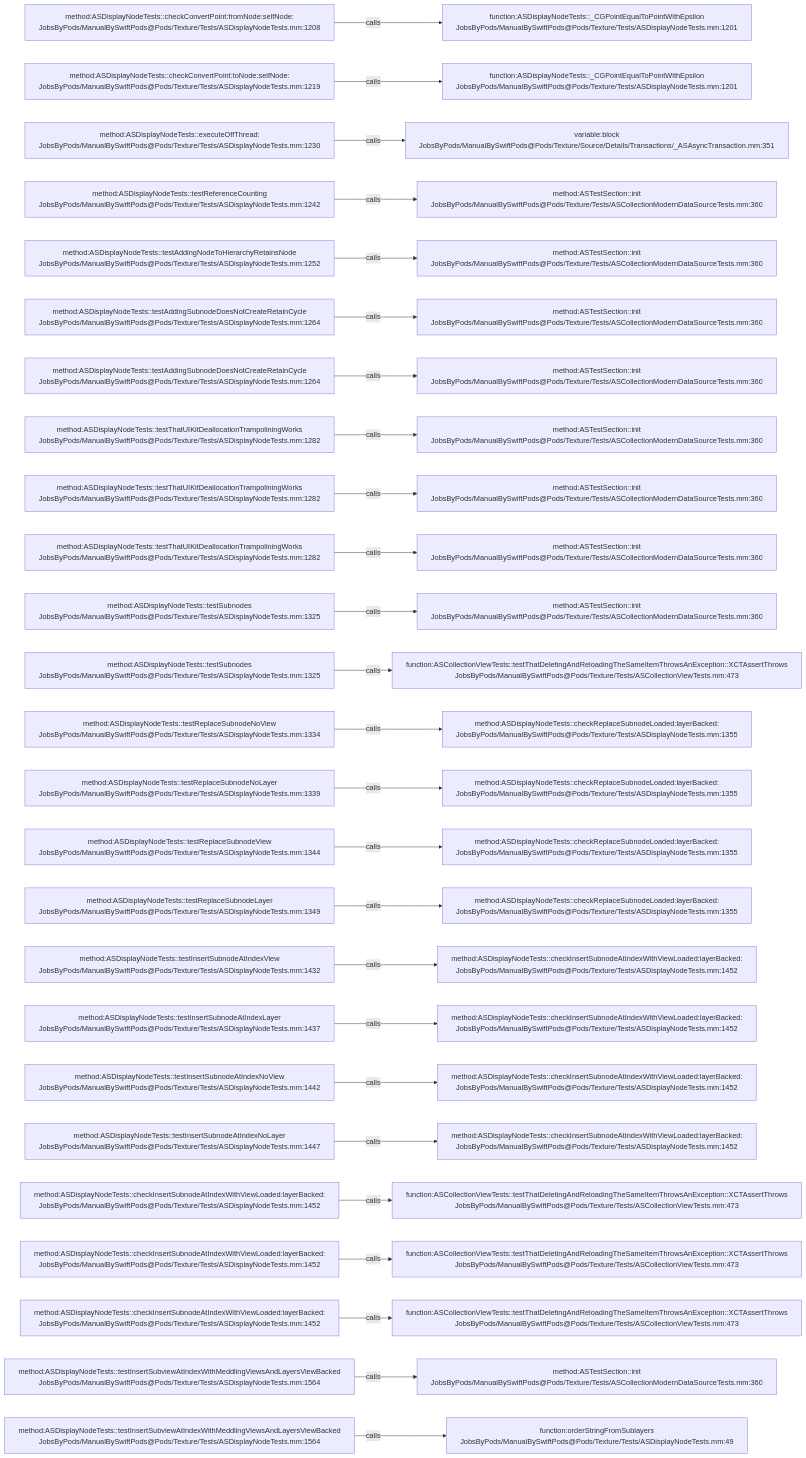
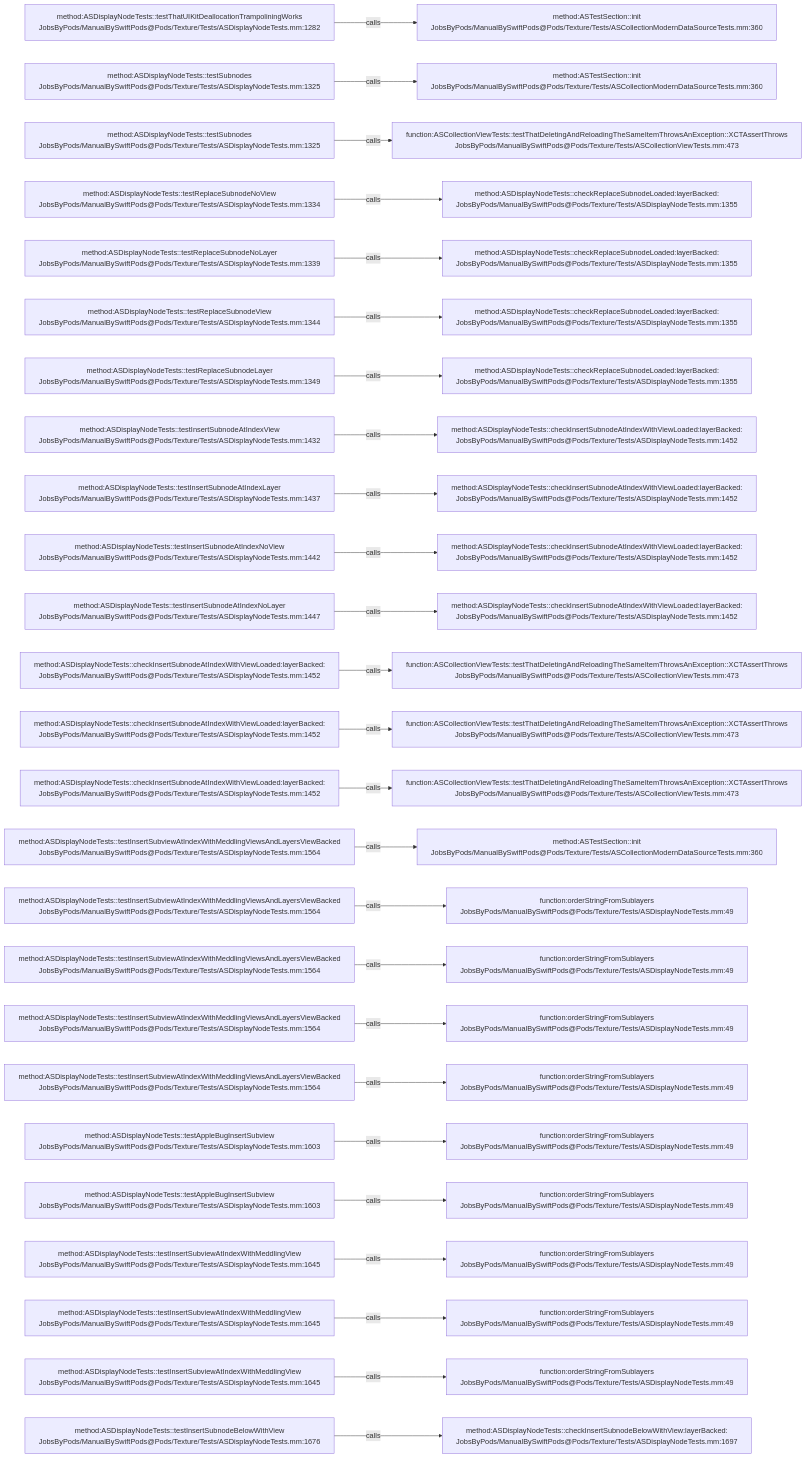
Before and after one commit to JobsKits/JobsSwiftBaseConfigDemo: the diagram in .codegraph/codegraph.md/graphs/calls-192.md, drawn with Mermaid. The commit also changed 707 other files, not shown here.

````diff
--- a/.codegraph/codegraph.md/graphs/calls-192.md
+++ b/.codegraph/codegraph.md/graphs/calls-192.md
@@ -13,78 +13,78 @@
 ```mermaid
 flowchart LR
-  S1["method:ASDisplayNodeTests::checkConvertPoint:fromNode:selfNode:<br/>JobsByPods/ManualBySwiftPods@Pods/Texture/Tests/ASDisplayNodeTests.mm:1208"]
-  T1["function:ASDisplayNodeTests::_CGPointEqualToPointWithEpsilon<br/>JobsByPods/ManualBySwiftPods@Pods/Texture/Tests/ASDisplayNodeTests.mm:1201"]
+  S1["method:ASDisplayNodeTests::testThatUIKitDeallocationTrampoliningWorks<br/>JobsByPods/ManualBySwiftPods@Pods/Texture/Tests/ASDisplayNodeTests.mm:1282"]
+  T1["method:ASTestSection::init<br/>JobsByPods/ManualBySwiftPods@Pods/Texture/Tests/ASCollectionModernDataSourceTests.mm:360"]
   S1 -->|calls| T1
-  S2["method:ASDisplayNodeTests::checkConvertPoint:toNode:selfNode:<br/>JobsByPods/ManualBySwiftPods@Pods/Texture/Tests/ASDisplayNodeTests.mm:1219"]
-  T2["function:ASDisplayNodeTests::_CGPointEqualToPointWithEpsilon<br/>JobsByPods/ManualBySwiftPods@Pods/Texture/Tests/ASDisplayNodeTests.mm:1201"]
+  S2["method:ASDisplayNodeTests::testSubnodes<br/>JobsByPods/ManualBySwiftPods@Pods/Texture/Tests/ASDisplayNodeTests.mm:1325"]
+  T2["method:ASTestSection::init<br/>JobsByPods/ManualBySwiftPods@Pods/Texture/Tests/ASCollectionModernDataSourceTests.mm:360"]
   S2 -->|calls| T2
-  S3["method:ASDisplayNodeTests::executeOffThread:<br/>JobsByPods/ManualBySwiftPods@Pods/Texture/Tests/ASDisplayNodeTests.mm:1230"]
-  T3["variable:block<br/>JobsByPods/ManualBySwiftPods@Pods/Texture/Source/Details/Transactions/_ASAsyncTransaction.mm:351"]
+  S3["method:ASDisplayNodeTests::testSubnodes<br/>JobsByPods/ManualBySwiftPods@Pods/Texture/Tests/ASDisplayNodeTests.mm:1325"]
+  T3["function:ASCollectionViewTests::testThatDeletingAndReloadingTheSameItemThrowsAnException::XCTAssertThrows<br/>JobsByPods/ManualBySwiftPods@Pods/Texture/Tests/ASCollectionViewTests.mm:473"]
   S3 -->|calls| T3
-  S4["method:ASDisplayNodeTests::testReferenceCounting<br/>JobsByPods/ManualBySwiftPods@Pods/Texture/Tests/ASDisplayNodeTests.mm:1242"]
-  T4["method:ASTestSection::init<br/>JobsByPods/ManualBySwiftPods@Pods/Texture/Tests/ASCollectionModernDataSourceTests.mm:360"]
+  S4["method:ASDisplayNodeTests::testReplaceSubnodeNoView<br/>JobsByPods/ManualBySwiftPods@Pods/Texture/Tests/ASDisplayNodeTests.mm:1334"]
+  T4["method:ASDisplayNodeTests::checkReplaceSubnodeLoaded:layerBacked:<br/>JobsByPods/ManualBySwiftPods@Pods/Texture/Tests/ASDisplayNodeTests.mm:1355"]
   S4 -->|calls| T4
-  S5["method:ASDisplayNodeTests::testAddingNodeToHierarchyRetainsNode<br/>JobsByPods/ManualBySwiftPods@Pods/Texture/Tests/ASDisplayNodeTests.mm:1252"]
-  T5["method:ASTestSection::init<br/>JobsByPods/ManualBySwiftPods@Pods/Texture/Tests/ASCollectionModernDataSourceTests.mm:360"]
+  S5["method:ASDisplayNodeTests::testReplaceSubnodeNoLayer<br/>JobsByPods/ManualBySwiftPods@Pods/Texture/Tests/ASDisplayNodeTests.mm:1339"]
+  T5["method:ASDisplayNodeTests::checkReplaceSubnodeLoaded:layerBacked:<br/>JobsByPods/ManualBySwiftPods@Pods/Texture/Tests/ASDisplayNodeTests.mm:1355"]
   S5 -->|calls| T5
-  S6["method:ASDisplayNodeTests::testAddingSubnodeDoesNotCreateRetainCycle<br/>JobsByPods/ManualBySwiftPods@Pods/Texture/Tests/ASDisplayNodeTests.mm:1264"]
-  T6["method:ASTestSection::init<br/>JobsByPods/ManualBySwiftPods@Pods/Texture/Tests/ASCollectionModernDataSourceTests.mm:360"]
+  S6["method:ASDisplayNodeTests::testReplaceSubnodeView<br/>JobsByPods/ManualBySwiftPods@Pods/Texture/Tests/ASDisplayNodeTests.mm:1344"]
+  T6["method:ASDisplayNodeTests::checkReplaceSubnodeLoaded:layerBacked:<br/>JobsByPods/ManualBySwiftPods@Pods/Texture/Tests/ASDisplayNodeTests.mm:1355"]
   S6 -->|calls| T6
-  S7["method:ASDisplayNodeTests::testAddingSubnodeDoesNotCreateRetainCycle<br/>JobsByPods/ManualBySwiftPods@Pods/Texture/Tests/ASDisplayNodeTests.mm:1264"]
-  T7["method:ASTestSection::init<br/>JobsByPods/ManualBySwiftPods@Pods/Texture/Tests/ASCollectionModernDataSourceTests.mm:360"]
+  S7["method:ASDisplayNodeTests::testReplaceSubnodeLayer<br/>JobsByPods/ManualBySwiftPods@Pods/Texture/Tests/ASDisplayNodeTests.mm:1349"]
+  T7["method:ASDisplayNodeTests::checkReplaceSubnodeLoaded:layerBacked:<br/>JobsByPods/ManualBySwiftPods@Pods/Texture/Tests/ASDisplayNodeTests.mm:1355"]
   S7 -->|calls| T7
-  S8["method:ASDisplayNodeTests::testThatUIKitDeallocationTrampoliningWorks<br/>JobsByPods/ManualBySwiftPods@Pods/Texture/Tests/ASDisplayNodeTests.mm:1282"]
-  T8["method:ASTestSection::init<br/>JobsByPods/ManualBySwiftPods@Pods/Texture/Tests/ASCollectionModernDataSourceTests.mm:360"]
+  S8["method:ASDisplayNodeTests::testInsertSubnodeAtIndexView<br/>JobsByPods/ManualBySwiftPods@Pods/Texture/Tests/ASDisplayNodeTests.mm:1432"]
+  T8["method:ASDisplayNodeTests::checkInsertSubnodeAtIndexWithViewLoaded:layerBacked:<br/>JobsByPods/ManualBySwiftPods@Pods/Texture/Tests/ASDisplayNodeTests.mm:1452"]
   S8 -->|calls| T8
-  S9["method:ASDisplayNodeTests::testThatUIKitDeallocationTrampoliningWorks<br/>JobsByPods/ManualBySwiftPods@Pods/Texture/Tests/ASDisplayNodeTests.mm:1282"]
-  T9["method:ASTestSection::init<br/>JobsByPods/ManualBySwiftPods@Pods/Texture/Tests/ASCollectionModernDataSourceTests.mm:360"]
+  S9["method:ASDisplayNodeTests::testInsertSubnodeAtIndexLayer<br/>JobsByPods/ManualBySwiftPods@Pods/Texture/Tests/ASDisplayNodeTests.mm:1437"]
+  T9["method:ASDisplayNodeTests::checkInsertSubnodeAtIndexWithViewLoaded:layerBacked:<br/>JobsByPods/ManualBySwiftPods@Pods/Texture/Tests/ASDisplayNodeTests.mm:1452"]
   S9 -->|calls| T9
-  S10["method:ASDisplayNodeTests::testThatUIKitDeallocationTrampoliningWorks<br/>JobsByPods/ManualBySwiftPods@Pods/Texture/Tests/ASDisplayNodeTests.mm:1282"]
-  T10["method:ASTestSection::init<br/>JobsByPods/ManualBySwiftPods@Pods/Texture/Tests/ASCollectionModernDataSourceTests.mm:360"]
+  S10["method:ASDisplayNodeTests::testInsertSubnodeAtIndexNoView<br/>JobsByPods/ManualBySwiftPods@Pods/Texture/Tests/ASDisplayNodeTests.mm:1442"]
+  T10["method:ASDisplayNodeTests::checkInsertSubnodeAtIndexWithViewLoaded:layerBacked:<br/>JobsByPods/ManualBySwiftPods@Pods/Texture/Tests/ASDisplayNodeTests.mm:1452"]
   S10 -->|calls| T10
-  S11["method:ASDisplayNodeTests::testSubnodes<br/>JobsByPods/ManualBySwiftPods@Pods/Texture/Tests/ASDisplayNodeTests.mm:1325"]
-  T11["method:ASTestSection::init<br/>JobsByPods/ManualBySwiftPods@Pods/Texture/Tests/ASCollectionModernDataSourceTests.mm:360"]
+  S11["method:ASDisplayNodeTests::testInsertSubnodeAtIndexNoLayer<br/>JobsByPods/ManualBySwiftPods@Pods/Texture/Tests/ASDisplayNodeTests.mm:1447"]
+  T11["method:ASDisplayNodeTests::checkInsertSubnodeAtIndexWithViewLoaded:layerBacked:<br/>JobsByPods/ManualBySwiftPods@Pods/Texture/Tests/ASDisplayNodeTests.mm:1452"]
   S11 -->|calls| T11
-  S12["method:ASDisplayNodeTests::testSubnodes<br/>JobsByPods/ManualBySwiftPods@Pods/Texture/Tests/ASDisplayNodeTests.mm:1325"]
+  S12["method:ASDisplayNodeTests::checkInsertSubnodeAtIndexWithViewLoaded:layerBacked:<br/>JobsByPods/ManualBySwiftPods@Pods/Texture/Tests/ASDisplayNodeTests.mm:1452"]
   T12["function:ASCollectionViewTests::testThatDeletingAndReloadingTheSameItemThrowsAnException::XCTAssertThrows<br/>JobsByPods/ManualBySwiftPods@Pods/Texture/Tests/ASCollectionViewTests.mm:473"]
   S12 -->|calls| T12
-  S13["method:ASDisplayNodeTests::testReplaceSubnodeNoView<br/>JobsByPods/ManualBySwiftPods@Pods/Texture/Tests/ASDisplayNodeTests.mm:1334"]
-  T13["method:ASDisplayNodeTests::checkReplaceSubnodeLoaded:layerBacked:<br/>JobsByPods/ManualBySwiftPods@Pods/Texture/Tests/ASDisplayNodeTests.mm:1355"]
+  S13["method:ASDisplayNodeTests::checkInsertSubnodeAtIndexWithViewLoaded:layerBacked:<br/>JobsByPods/ManualBySwiftPods@Pods/Texture/Tests/ASDisplayNodeTests.mm:1452"]
+  T13["function:ASCollectionViewTests::testThatDeletingAndReloadingTheSameItemThrowsAnException::XCTAssertThrows<br/>JobsByPods/ManualBySwiftPods@Pods/Texture/Tests/ASCollectionViewTests.mm:473"]
   S13 -->|calls| T13
-  S14["method:ASDisplayNodeTests::testReplaceSubnodeNoLayer<br/>JobsByPods/ManualBySwiftPods@Pods/Texture/Tests/ASDisplayNodeTests.mm:1339"]
-  T14["method:ASDisplayNodeTests::checkReplaceSubnodeLoaded:layerBacked:<br/>JobsByPods/ManualBySwiftPods@Pods/Texture/Tests/ASDisplayNodeTests.mm:1355"]
+  S14["method:ASDisplayNodeTests::checkInsertSubnodeAtIndexWithViewLoaded:layerBacked:<br/>JobsByPods/ManualBySwiftPods@Pods/Texture/Tests/ASDisplayNodeTests.mm:1452"]
+  T14["function:ASCollectionViewTests::testThatDeletingAndReloadingTheSameItemThrowsAnException::XCTAssertThrows<br/>JobsByPods/ManualBySwiftPods@Pods/Texture/Tests/ASCollectionViewTests.mm:473"]
   S14 -->|calls| T14
-  S15["method:ASDisplayNodeTests::testReplaceSubnodeView<br/>JobsByPods/ManualBySwiftPods@Pods/Texture/Tests/ASDisplayNodeTests.mm:1344"]
-  T15["method:ASDisplayNodeTests::checkReplaceSubnodeLoaded:layerBacked:<br/>JobsByPods/ManualBySwiftPods@Pods/Texture/Tests/ASDisplayNodeTests.mm:1355"]
+  S15["method:ASDisplayNodeTests::testInsertSubviewAtIndexWithMeddlingViewsAndLayersViewBacked<br/>JobsByPods/ManualBySwiftPods@Pods/Texture/Tests/ASDisplayNodeTests.mm:1564"]
+  T15["method:ASTestSection::init<br/>JobsByPods/ManualBySwiftPods@Pods/Texture/Tests/ASCollectionModernDataSourceTests.mm:360"]
   S15 -->|calls| T15
-  S16["method:ASDisplayNodeTests::testReplaceSubnodeLayer<br/>JobsByPods/ManualBySwiftPods@Pods/Texture/Tests/ASDisplayNodeTests.mm:1349"]
-  T16["method:ASDisplayNodeTests::checkReplaceSubnodeLoaded:layerBacked:<br/>JobsByPods/ManualBySwiftPods@Pods/Texture/Tests/ASDisplayNodeTests.mm:1355"]
+  S16["method:ASDisplayNodeTests::testInsertSubviewAtIndexWithMeddlingViewsAndLayersViewBacked<br/>JobsByPods/ManualBySwiftPods@Pods/Texture/Tests/ASDisplayNodeTests.mm:1564"]
+  T16["function:orderStringFromSublayers<br/>JobsByPods/ManualBySwiftPods@Pods/Texture/Tests/ASDisplayNodeTests.mm:49"]
   S16 -->|calls| T16
-  S17["method:ASDisplayNodeTests::testInsertSubnodeAtIndexView<br/>JobsByPods/ManualBySwiftPods@Pods/Texture/Tests/ASDisplayNodeTests.mm:1432"]
-  T17["method:ASDisplayNodeTests::checkInsertSubnodeAtIndexWithViewLoaded:layerBacked:<br/>JobsByPods/ManualBySwiftPods@Pods/Texture/Tests/ASDisplayNodeTests.mm:1452"]
+  S17["method:ASDisplayNodeTests::testInsertSubviewAtIndexWithMeddlingViewsAndLayersViewBacked<br/>JobsByPods/ManualBySwiftPods@Pods/Texture/Tests/ASDisplayNodeTests.mm:1564"]
+  T17["function:orderStringFromSublayers<br/>JobsByPods/ManualBySwiftPods@Pods/Texture/Tests/ASDisplayNodeTests.mm:49"]
   S17 -->|calls| T17
-  S18["method:ASDisplayNodeTests::testInsertSubnodeAtIndexLayer<br/>JobsByPods/ManualBySwiftPods@Pods/Texture/Tests/ASDisplayNodeTests.mm:1437"]
-  T18["method:ASDisplayNodeTests::checkInsertSubnodeAtIndexWithViewLoaded:layerBacked:<br/>JobsByPods/ManualBySwiftPods@Pods/Texture/Tests/ASDisplayNodeTests.mm:1452"]
+  S18["method:ASDisplayNodeTests::testInsertSubviewAtIndexWithMeddlingViewsAndLayersViewBacked<br/>JobsByPods/ManualBySwiftPods@Pods/Texture/Tests/ASDisplayNodeTests.mm:1564"]
+  T18["function:orderStringFromSublayers<br/>JobsByPods/ManualBySwiftPods@Pods/Texture/Tests/ASDisplayNodeTests.mm:49"]
   S18 -->|calls| T18
-  S19["method:ASDisplayNodeTests::testInsertSubnodeAtIndexNoView<br/>JobsByPods/ManualBySwiftPods@Pods/Texture/Tests/ASDisplayNodeTests.mm:1442"]
-  T19["method:ASDisplayNodeTests::checkInsertSubnodeAtIndexWithViewLoaded:layerBacked:<br/>JobsByPods/ManualBySwiftPods@Pods/Texture/Tests/ASDisplayNodeTests.mm:1452"]
+  S19["method:ASDisplayNodeTests::testInsertSubviewAtIndexWithMeddlingViewsAndLayersViewBacked<br/>JobsByPods/ManualBySwiftPods@Pods/Texture/Tests/ASDisplayNodeTests.mm:1564"]
+  T19["function:orderStringFromSublayers<br/>JobsByPods/ManualBySwiftPods@Pods/Texture/Tests/ASDisplayNodeTests.mm:49"]
   S19 -->|calls| T19
-  S20["method:ASDisplayNodeTests::testInsertSubnodeAtIndexNoLayer<br/>JobsByPods/ManualBySwiftPods@Pods/Texture/Tests/ASDisplayNodeTests.mm:1447"]
-  T20["method:ASDisplayNodeTests::checkInsertSubnodeAtIndexWithViewLoaded:layerBacked:<br/>JobsByPods/ManualBySwiftPods@Pods/Texture/Tests/ASDisplayNodeTests.mm:1452"]
+  S20["method:ASDisplayNodeTests::testAppleBugInsertSubview<br/>JobsByPods/ManualBySwiftPods@Pods/Texture/Tests/ASDisplayNodeTests.mm:1603"]
+  T20["function:orderStringFromSublayers<br/>JobsByPods/ManualBySwiftPods@Pods/Texture/Tests/ASDisplayNodeTests.mm:49"]
   S20 -->|calls| T20
-  S21["method:ASDisplayNodeTests::checkInsertSubnodeAtIndexWithViewLoaded:layerBacked:<br/>JobsByPods/ManualBySwiftPods@Pods/Texture/Tests/ASDisplayNodeTests.mm:1452"]
-  T21["function:ASCollectionViewTests::testThatDeletingAndReloadingTheSameItemThrowsAnException::XCTAssertThrows<br/>JobsByPods/ManualBySwiftPods@Pods/Texture/Tests/ASCollectionViewTests.mm:473"]
+  S21["method:ASDisplayNodeTests::testAppleBugInsertSubview<br/>JobsByPods/ManualBySwiftPods@Pods/Texture/Tests/ASDisplayNodeTests.mm:1603"]
+  T21["function:orderStringFromSublayers<br/>JobsByPods/ManualBySwiftPods@Pods/Texture/Tests/ASDisplayNodeTests.mm:49"]
   S21 -->|calls| T21
-  S22["method:ASDisplayNodeTests::checkInsertSubnodeAtIndexWithViewLoaded:layerBacked:<br/>JobsByPods/ManualBySwiftPods@Pods/Texture/Tests/ASDisplayNodeTests.mm:1452"]
-  T22["function:ASCollectionViewTests::testThatDeletingAndReloadingTheSameItemThrowsAnException::XCTAssertThrows<br/>JobsByPods/ManualBySwiftPods@Pods/Texture/Tests/ASCollectionViewTests.mm:473"]
+  S22["method:ASDisplayNodeTests::testInsertSubviewAtIndexWithMeddlingView<br/>JobsByPods/ManualBySwiftPods@Pods/Texture/Tests/ASDisplayNodeTests.mm:1645"]
+  T22["function:orderStringFromSublayers<br/>JobsByPods/ManualBySwiftPods@Pods/Texture/Tests/ASDisplayNodeTests.mm:49"]
   S22 -->|calls| T22
-  S23["method:ASDisplayNodeTests::checkInsertSubnodeAtIndexWithViewLoaded:layerBacked:<br/>JobsByPods/ManualBySwiftPods@Pods/Texture/Tests/ASDisplayNodeTests.mm:1452"]
-  T23["function:ASCollectionViewTests::testThatDeletingAndReloadingTheSameItemThrowsAnException::XCTAssertThrows<br/>JobsByPods/ManualBySwiftPods@Pods/Texture/Tests/ASCollectionViewTests.mm:473"]
+  S23["method:ASDisplayNodeTests::testInsertSubviewAtIndexWithMeddlingView<br/>JobsByPods/ManualBySwiftPods@Pods/Texture/Tests/ASDisplayNodeTests.mm:1645"]
+  T23["function:orderStringFromSublayers<br/>JobsByPods/ManualBySwiftPods@Pods/Texture/Tests/ASDisplayNodeTests.mm:49"]
   S23 -->|calls| T23
-  S24["method:ASDisplayNodeTests::testInsertSubviewAtIndexWithMeddlingViewsAndLayersViewBacked<br/>JobsByPods/ManualBySwiftPods@Pods/Texture/Tests/ASDisplayNodeTests.mm:1564"]
-  T24["method:ASTestSection::init<br/>JobsByPods/ManualBySwiftPods@Pods/Texture/Tests/ASCollectionModernDataSourceTests.mm:360"]
+  S24["method:ASDisplayNodeTests::testInsertSubviewAtIndexWithMeddlingView<br/>JobsByPods/ManualBySwiftPods@Pods/Texture/Tests/ASDisplayNodeTests.mm:1645"]
+  T24["function:orderStringFromSublayers<br/>JobsByPods/ManualBySwiftPods@Pods/Texture/Tests/ASDisplayNodeTests.mm:49"]
   S24 -->|calls| T24
-  S25["method:ASDisplayNodeTests::testInsertSubviewAtIndexWithMeddlingViewsAndLayersViewBacked<br/>JobsByPods/ManualBySwiftPods@Pods/Texture/Tests/ASDisplayNodeTests.mm:1564"]
-  T25["function:orderStringFromSublayers<br/>JobsByPods/ManualBySwiftPods@Pods/Texture/Tests/ASDisplayNodeTests.mm:49"]
+  S25["method:ASDisplayNodeTests::testInsertSubnodeBelowWithView<br/>JobsByPods/ManualBySwiftPods@Pods/Texture/Tests/ASDisplayNodeTests.mm:1676"]
+  T25["method:ASDisplayNodeTests::checkInsertSubnodeBelowWithView:layerBacked:<br/>JobsByPods/ManualBySwiftPods@Pods/Texture/Tests/ASDisplayNodeTests.mm:1697"]
   S25 -->|calls| T25
 ```
````
